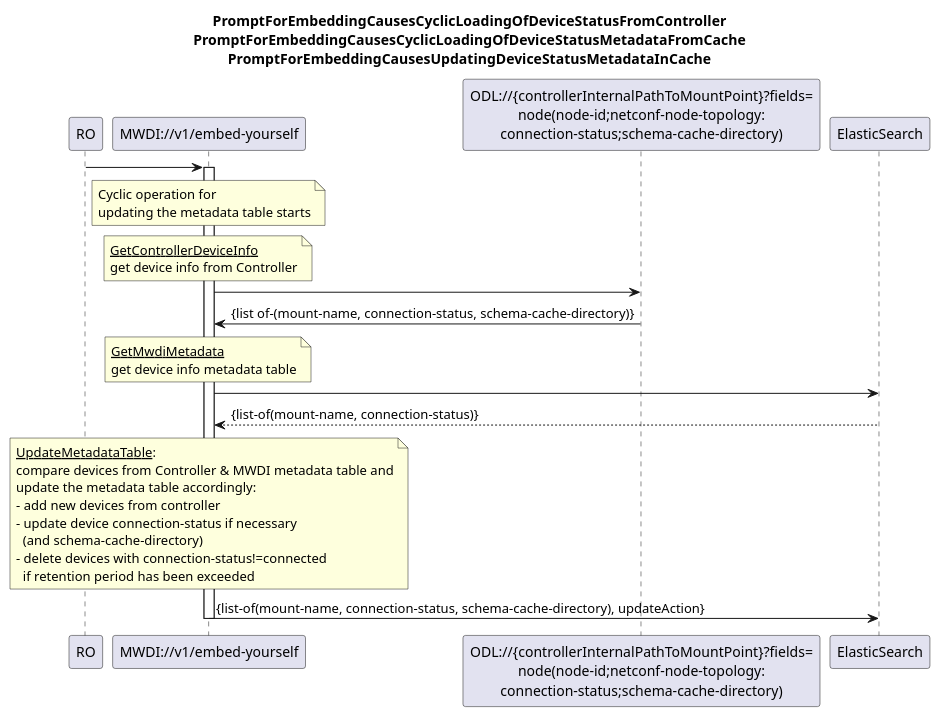
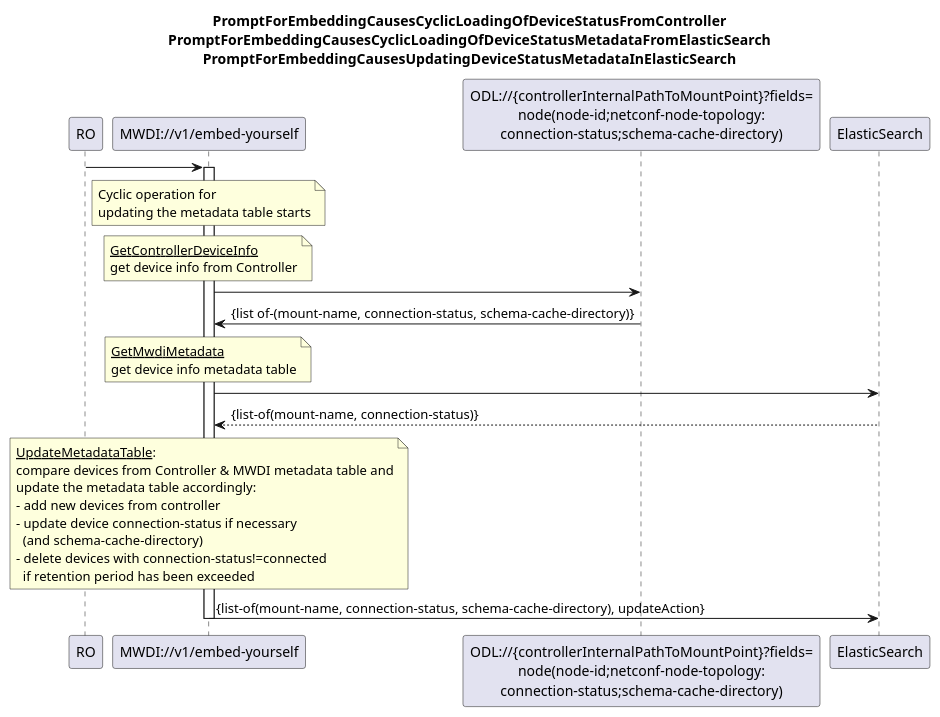
One commit to openBackhaul/MicroWaveDeviceInventory changed the diagram in spec/diagrams/new and updated/00y_CyclicOperationBasedDeviceStatusSync.plantuml. Above: the diagram before and after it, drawn with PlantUML. The commit also changed 5 other files, not shown here.

```diff
--- a/spec/diagrams/new and updated/00y_CyclicOperationBasedDeviceStatusSync.plantuml
+++ b/spec/diagrams/new and updated/00y_CyclicOperationBasedDeviceStatusSync.plantuml
@@ -1,53 +1,53 @@
 @startuml 00x_CyclicOperationBasedDeviceStatusSync
 skinparam responseMessageBelowArrow true
 
 title
 PromptForEmbeddingCausesCyclicLoadingOfDeviceStatusFromController
-PromptForEmbeddingCausesCyclicLoadingOfDeviceStatusMetadataFromCache
-PromptForEmbeddingCausesUpdatingDeviceStatusMetadataInCache
+PromptForEmbeddingCausesCyclicLoadingOfDeviceStatusMetadataFromElasticSearch
+PromptForEmbeddingCausesUpdatingDeviceStatusMetadataInElasticSearch
 end title
 
 participant "RO" as ro
 participant "MWDI://v1/embed-yourself" as mwdi
 participant "ODL://{controllerInternalPathToMountPoint}?fields=\nnode(node-id;netconf-node-topology:\nconnection-status;schema-cache-directory)" as odlConnectionStatus
 participant "ElasticSearch" as es
 
 ro -> mwdi
 activate mwdi
 
 note over mwdi
 Cyclic operation for 
 updating the metadata table starts
 end note
 
 'get device info from Controller
 note over mwdi
   <u>GetControllerDeviceInfo</u>
   get device info from Controller
 end note
 mwdi -> odlConnectionStatus
 odlConnectionStatus -> mwdi: {list of-(mount-name, connection-status, schema-cache-directory)}
 
 'get relevant MWDI metadata table info ElasticSearch
 note over mwdi
   <u>GetMwdiMetadata</u>
   get device info metadata table
 end note
 mwdi -> es
 es --> mwdi: {list-of(mount-name, connection-status)}
 
 note over mwdi
 <u>UpdateMetadataTable</u>:
 compare devices from Controller & MWDI metadata table and
 update the metadata table accordingly:
 - add new devices from controller
 - update device connection-status if necessary 
   (and schema-cache-directory)
 - delete devices with connection-status!=connected 
   if retention period has been exceeded
 end note
 
 mwdi -> es: {list-of(mount-name, connection-status, schema-cache-directory), updateAction}
 deactivate mwdi
 
 @enduml
```
